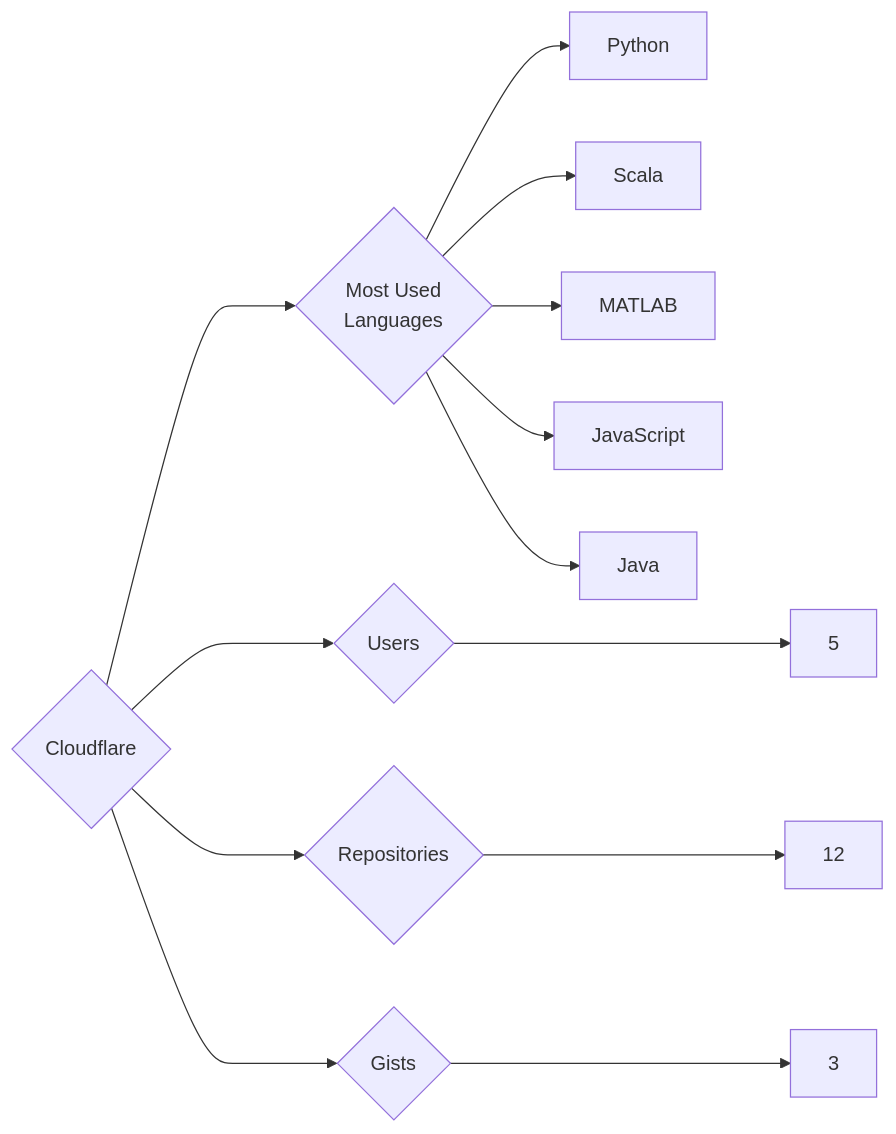
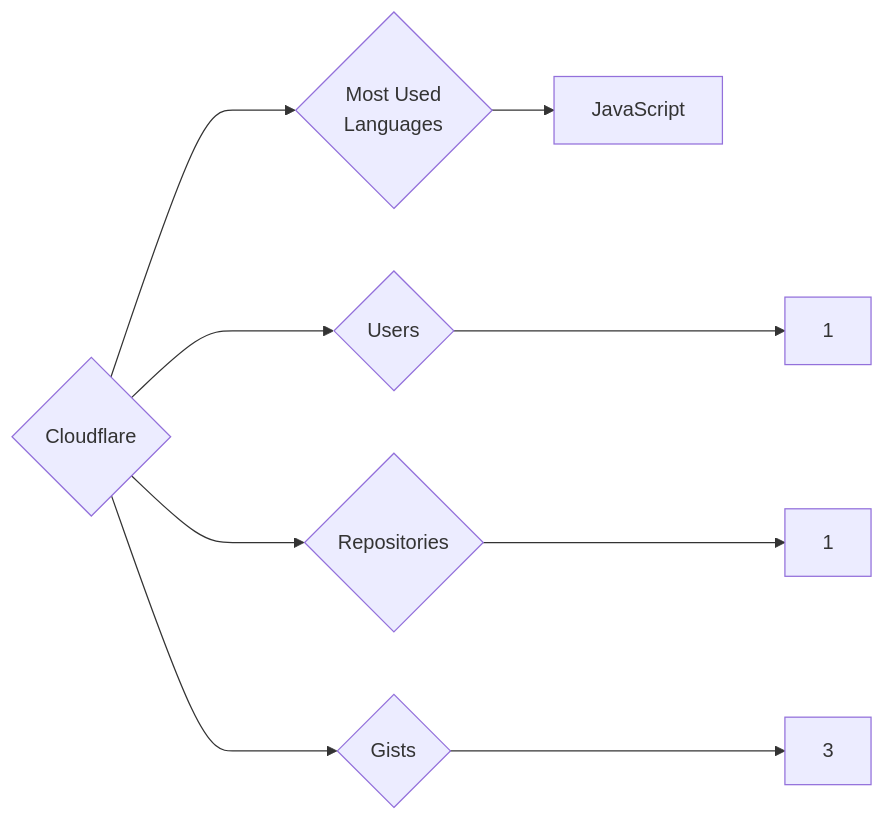
The diagram in targets/Cloudflare/README.md (trickest/insiders), drawn with Mermaid before and after one commit. The commit also changed 1084 other files, not shown here.

````diff
--- a/targets/Cloudflare/README.md
+++ b/targets/Cloudflare/README.md
@@ -3,13 +3,9 @@
 ```mermaid
 graph LR
 COMPANY_NAME{Cloudflare}
-COMPANY_NAME ---> U{Users} ---> UN[5]
-COMPANY_NAME ---> R{Repositories} ---> RN[12]
+COMPANY_NAME ---> U{Users} ---> UN[1]
+COMPANY_NAME ---> R{Repositories} ---> RN[1]
 COMPANY_NAME ---> G{Gists} ---> GN[3]
 COMPANY_NAME ---> ML{Most Used<br>Languages}
-ML --> Python[Python]
-ML --> Scala[Scala]
-ML --> MATLAB[MATLAB]
 ML --> JavaScript[JavaScript]
-ML --> Java[Java]
 ```
````
